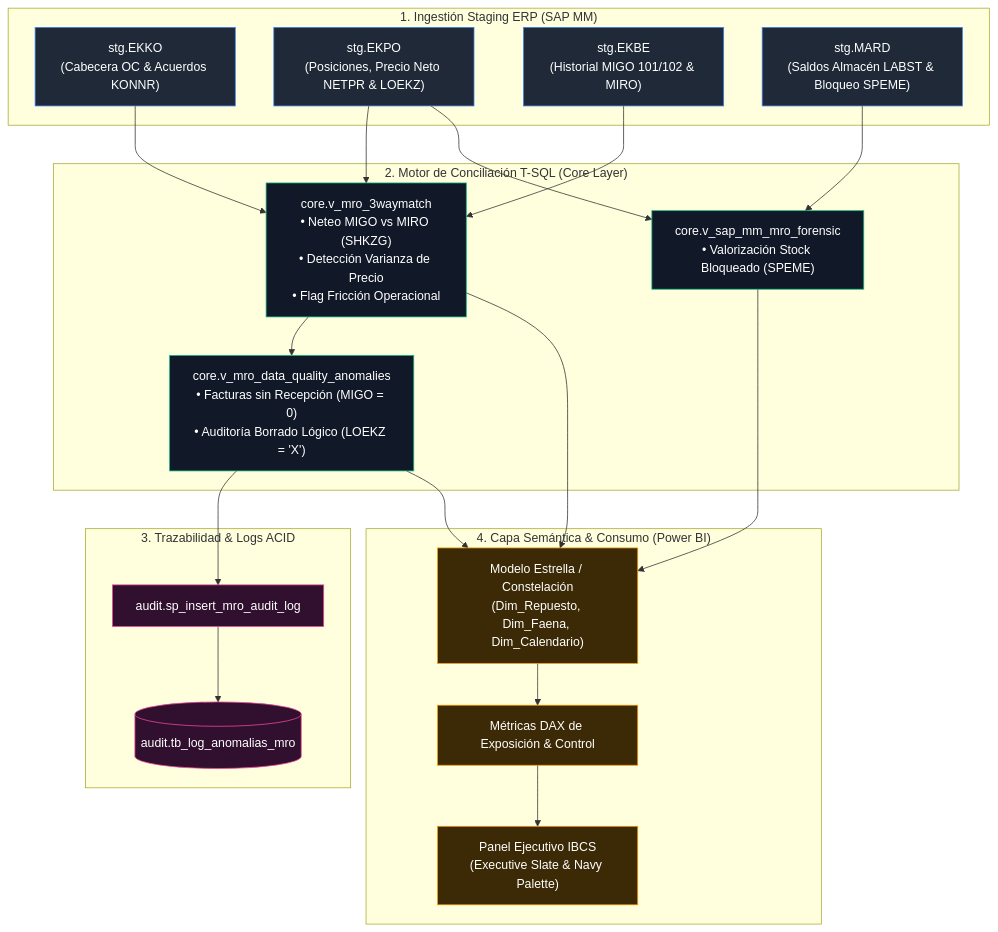
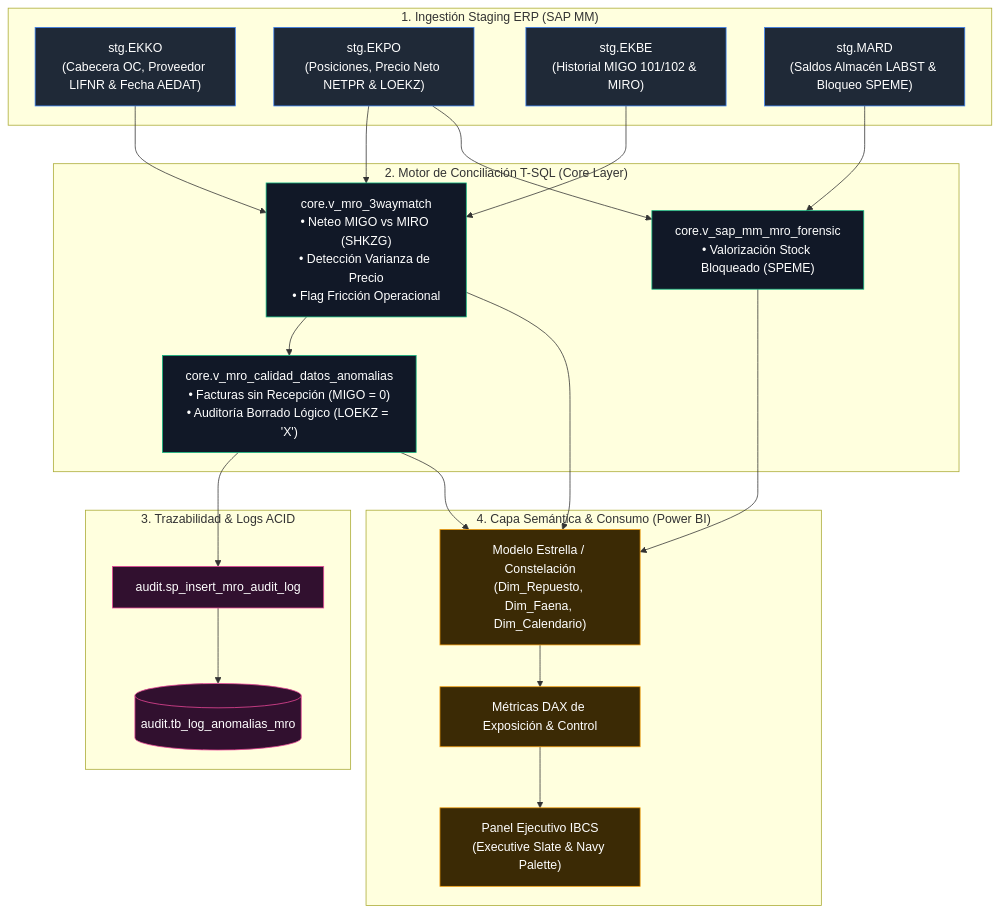
The diagram in README.MD (ObedFermin/MiningMRO_Engine), drawn with Mermaid before and after one commit. The commit also changed other lines of this file, not shown here.

````diff
--- a/README.MD
+++ b/README.MD
@@ -66,50 +65,50 @@
 ```mermaid
 graph TD
     subgraph SAP_ERP ["1. Ingestión Staging ERP (SAP MM)"]
-        EKKO["stg.EKKO<br/>(Cabecera OC & Acuerdos KONNR)"]
+        EKKO["stg.EKKO<br/>(Cabecera OC, Proveedor LIFNR & Fecha AEDAT)"]
         EKPO["stg.EKPO<br/>(Posiciones, Precio Neto NETPR & LOEKZ)"]
         EKBE["stg.EKBE<br/>(Historial MIGO 101/102 & MIRO)"]
         MARD["stg.MARD<br/>(Saldos Almacén LABST & Bloqueo SPEME)"]
     end
 
     subgraph CORE_SQL ["2. Motor de Conciliación T-SQL (Core Layer)"]
         V3WAY["core.v_mro_3waymatch<br/>• Neteo MIGO vs MIRO (SHKZG)<br/>• Detección Varianza de Precio<br/>• Flag Fricción Operacional"]
         VFORENSIC["core.v_sap_mm_mro_forensic<br/>• Valorización Stock Bloqueado (SPEME)"]
-        VANOMALIES["core.v_mro_data_quality_anomalies<br/>• Facturas sin Recepción (MIGO = 0)<br/>• Auditoría Borrado Lógico (LOEKZ = 'X')"]
+        VANOMALIES["core.v_mro_calidad_datos_anomalias<br/>• Facturas sin Recepción (MIGO = 0)<br/>• Auditoría Borrado Lógico (LOEKZ = 'X')"]
     end
 
     subgraph AUDIT_LAYER ["3. Trazabilidad & Logs ACID"]
         PROC["audit.sp_insert_mro_audit_log"]
         TABLE_LOG[("audit.tb_log_anomalias_mro")]
     end
 
     subgraph BI_SEMANTIC ["4. Capa Semántica & Consumo (Power BI)"]
         MODEL["Modelo Estrella / Constelación<br/>(Dim_Repuesto, Dim_Faena, Dim_Calendario)"]
         DAX["Métricas DAX de Exposición & Control"]
         UI["Panel Ejecutivo IBCS<br/>(Executive Slate & Navy Palette)"]
     end
 
     EKKO --> V3WAY
     EKPO --> V3WAY
     EKBE --> V3WAY
     EKPO --> VFORENSIC
     MARD --> VFORENSIC
     V3WAY --> VANOMALIES
     VANOMALIES --> PROC
     PROC --> TABLE_LOG
 
     V3WAY --> MODEL
     VFORENSIC --> MODEL
     VANOMALIES --> MODEL
     MODEL --> DAX
     DAX --> UI
 
     classDef erp fill:#1f2937,stroke:#3b82f6,stroke-width:1px,color:#fff;
     classDef core fill:#111827,stroke:#10b981,stroke-width:1px,color:#fff;
     classDef audit fill:#31102f,stroke:#ec4899,stroke-width:1px,color:#fff;
     classDef bi fill:#3b2a05,stroke:#f59e0b,stroke-width:1px,color:#fff;
     class EKKO,EKPO,EKBE,MARD erp;
     class V3WAY,VFORENSIC,VANOMALIES core;
     class PROC,TABLE_LOG audit;
     class MODEL,DAX,UI bi;
 ```
````
